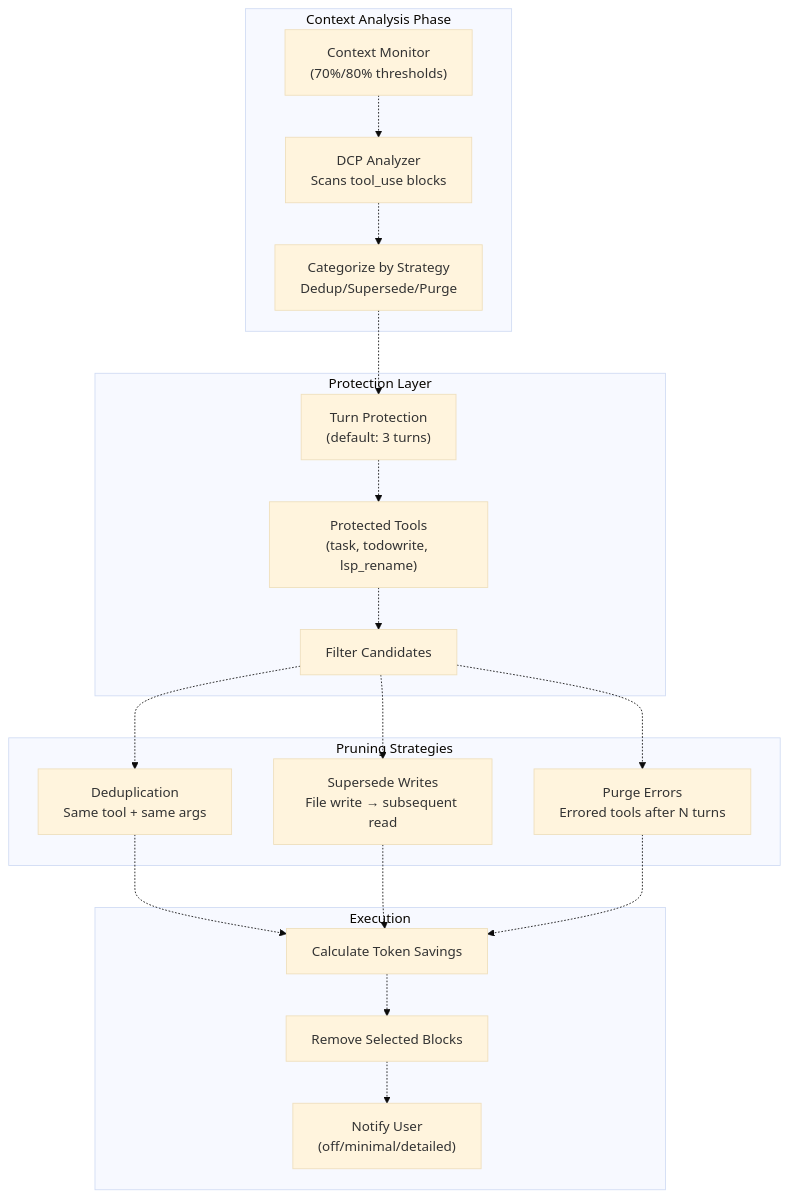
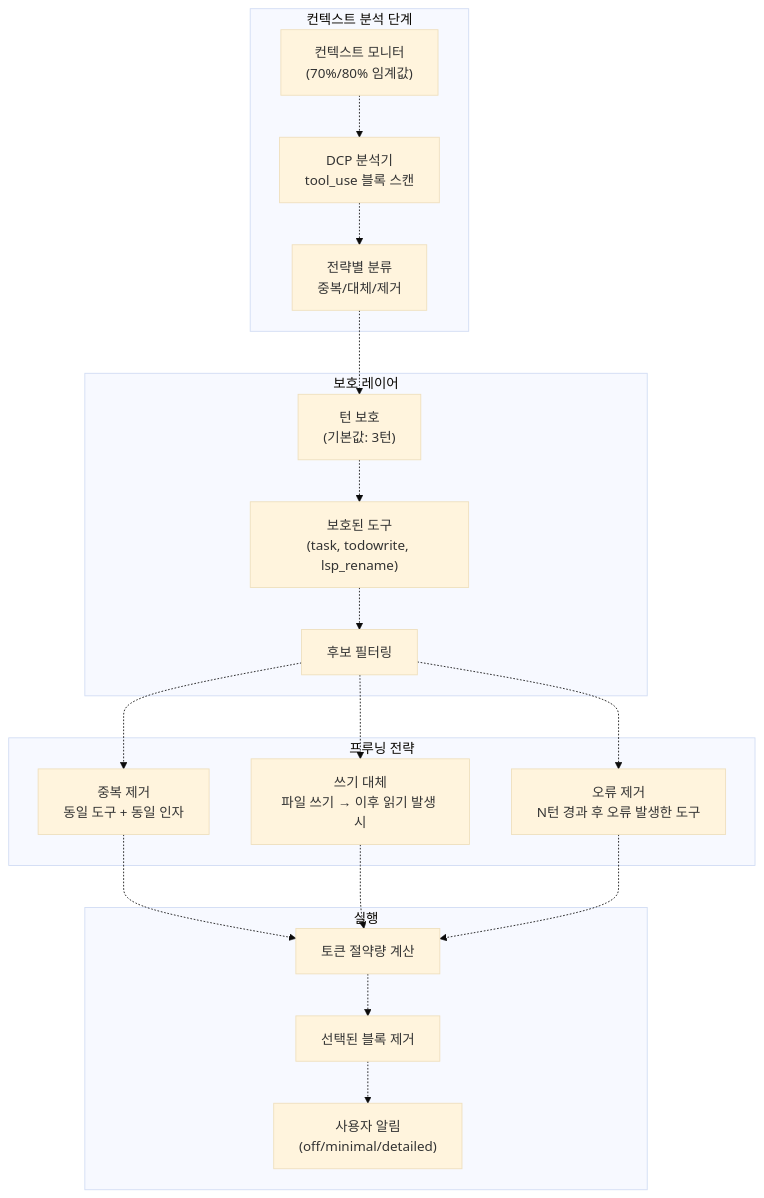
One commit to felipetruman/oh-my-opencode-docs changed the first of 5 diagrams in docs/advanced/advanced-topics.md. Above: the diagram before and after it, drawn with Mermaid (base theme). The commit also changed other lines of this file and 76 other files, not shown here.

````diff
--- a/docs/advanced/advanced-topics.md
+++ b/docs/advanced/advanced-topics.md
@@ -76,54 +76,54 @@
 ```mermaid
 flowchart TD
 
-Monitor["Context Monitor<br>(70%/80% thresholds)"]
-Analyzer["DCP Analyzer<br>Scans tool_use blocks"]
-Categorize["Categorize by Strategy<br>Dedup/Supersede/Purge"]
-TurnProtect["Turn Protection<br>(default: 3 turns)"]
-ToolProtect["Protected Tools<br>(task, todowrite, lsp_rename)"]
-Filter["Filter Candidates"]
-Dedup["Deduplication<br>Same tool + same args"]
-Supersede["Supersede Writes<br>File write → subsequent read"]
-Purge["Purge Errors<br>Errored tools after N turns"]
-Calculate["Calculate Token Savings"]
-Prune["Remove Selected Blocks"]
-Notify["Notify User<br>(off/minimal/detailed)"]
+Monitor["컨텍스트 모니터<br>(70%/80% 임계값)"]
+Analyzer["DCP 분석기<br>tool_use 블록 스캔"]
+Categorize["전략별 분류<br>중복/대체/제거"]
+TurnProtect["턴 보호<br>(기본값: 3턴)"]
+ToolProtect["보호된 도구<br>(task, todowrite, lsp_rename)"]
+Filter["후보 필터링"]
+Dedup["중복 제거<br>동일 도구 + 동일 인자"]
+Supersede["쓰기 대체<br>파일 쓰기 → 이후 읽기 발생 시"]
+Purge["오류 제거<br>N턴 경과 후 오류 발생한 도구"]
+Calculate["토큰 절약량 계산"]
+Prune["선택된 블록 제거"]
+Notify["사용자 알림<br>(off/minimal/detailed)"]
 
 Categorize -.-> TurnProtect
 Filter -.-> Dedup
 Filter -.-> Supersede
 Filter -.-> Purge
 Dedup -.-> Calculate
 Supersede -.-> Calculate
 Purge -.-> Calculate
 
-subgraph Execution ["Execution"]
+subgraph Execution ["실행"]
     Calculate
     Prune
     Notify
     Calculate -.-> Prune
     Prune -.-> Notify
 end
 
-subgraph subGraph2 ["Pruning Strategies"]
+subgraph subGraph2 ["프루닝 전략"]
     Dedup
     Supersede
     Purge
 end
 
-subgraph subGraph1 ["Protection Layer"]
+subgraph subGraph1 ["보호 레이어"]
     TurnProtect
     ToolProtect
     Filter
     TurnProtect -.-> ToolProtect
     ToolProtect -.-> Filter
 end
 
-subgraph subGraph0 ["Context Analysis Phase"]
+subgraph subGraph0 ["컨텍스트 분석 단계"]
     Monitor
     Analyzer
     Categorize
     Monitor -.-> Analyzer
     Analyzer -.-> Categorize
 end
 ```
````
